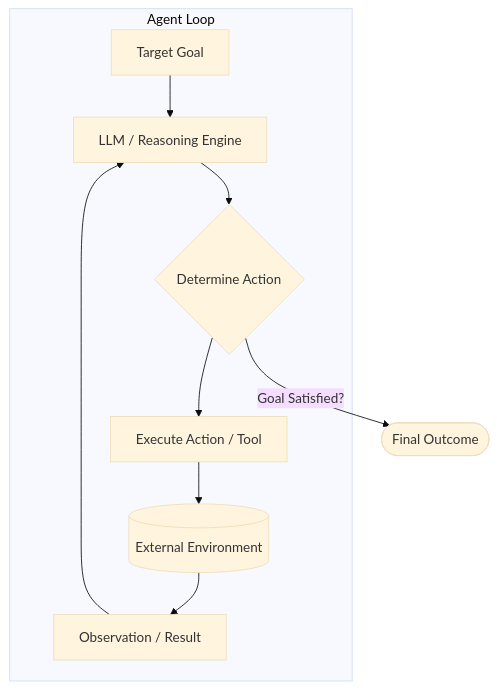
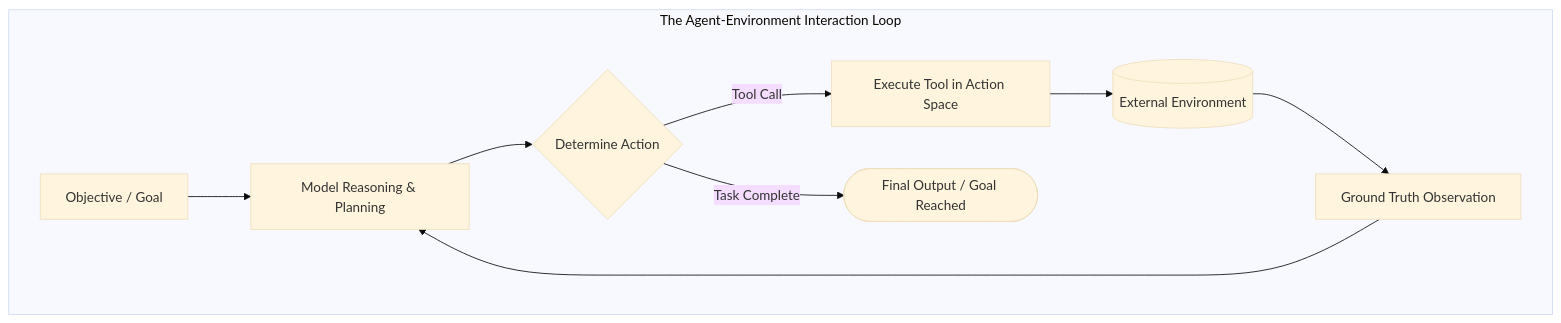
Before and after one commit to sivaskm/agentic-ai-engineering: the third of 14 diagrams in module-01-agentic-ai-foundations/content/01-from-generative-ai-to-agentic-control-loops.md, drawn with Mermaid (base theme). The commit also changed other lines of this file, not shown here.

Commit message:
docs(module-01): enrich Unit 1.1 with Anthropic and OpenAI agent design frameworks

````diff
--- a/module-01-agentic-ai-foundations/content/01-from-generative-ai-to-agentic-control-loops.md
+++ b/module-01-agentic-ai-foundations/content/01-from-generative-ai-to-agentic-control-loops.md
@@ -101,12 +133,12 @@
 ```mermaid
 flowchart TD
-    subgraph Agent Loop
-        Goal[Target Goal] --> LLM[LLM / Reasoning Engine]
-        LLM --> Decision{Determine Action}
-        Decision --> Action[Execute Action / Tool]
-        Action --> Env[(External Environment)]
-        Env --> Observation[Observation / Result]
-        Observation --> LLM
+    subgraph Agent Loop ["The Agent-Environment Interaction Loop"]
+        Goal[Objective / Goal] --> Reasoning[Model Reasoning & Planning]
+        Reasoning --> Propose{Determine Action}
+        Propose -->|Tool Call| ToolExec[Execute Tool in Action Space]
+        ToolExec --> Env[(External Environment)]
+        Env --> Obs[Ground Truth Observation]
+        Obs --> Reasoning
+        Propose -->|Task Complete| Terminate([Final Output / Goal Reached])
     end
-    Decision -- "Goal Satisfied?" --> Terminate([Final Outcome])
 ```
````
